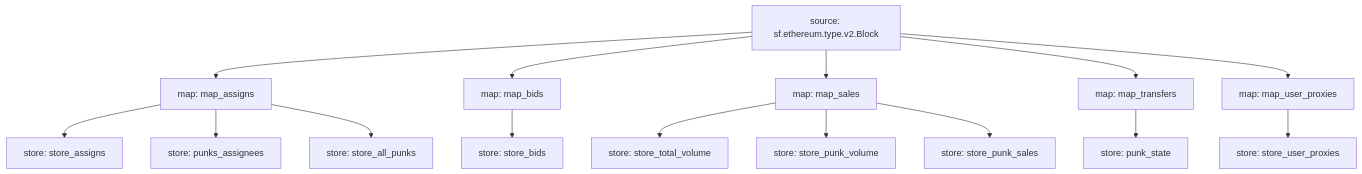
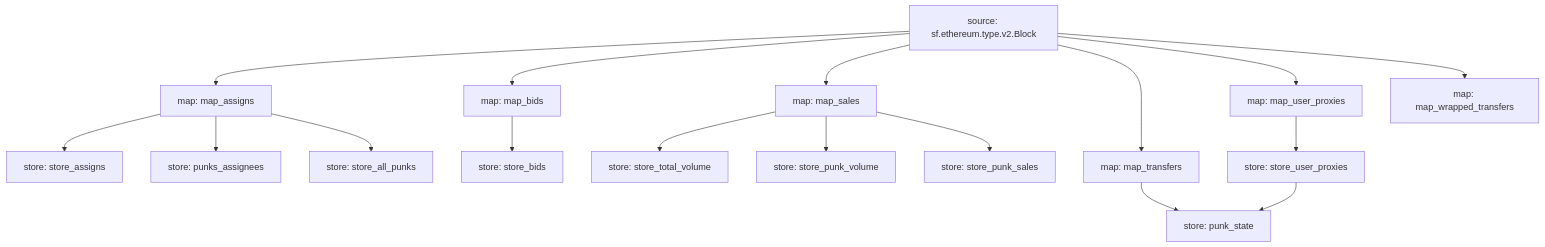
The diagram in README.md (itsjerryokolo/cryptopunks_substreams), drawn with Mermaid before and after one commit. The commit also changed 7 other files, not shown here.

````diff
--- a/README.md
+++ b/README.md
@@ -3,31 +3,34 @@
 ```mermaid
 graph TD;
   map_assigns[map: map_assigns]
   sf.ethereum.type.v2.Block[source: sf.ethereum.type.v2.Block] --> map_assigns
   store_assigns[store: store_assigns]
   map_assigns --> store_assigns
   punks_assignees[store: punks_assignees]
   map_assigns --> punks_assignees
   map_bids[map: map_bids]
   sf.ethereum.type.v2.Block[source: sf.ethereum.type.v2.Block] --> map_bids
   store_bids[store: store_bids]
   map_bids --> store_bids
   store_all_punks[store: store_all_punks]
   map_assigns --> store_all_punks
   store_total_volume[store: store_total_volume]
   map_sales --> store_total_volume
   store_punk_volume[store: store_punk_volume]
   map_sales --> store_punk_volume
   store_punk_sales[store: store_punk_sales]
   map_sales --> store_punk_sales
   map_sales[map: map_sales]
   sf.ethereum.type.v2.Block[source: sf.ethereum.type.v2.Block] --> map_sales
   map_transfers[map: map_transfers]
   sf.ethereum.type.v2.Block[source: sf.ethereum.type.v2.Block] --> map_transfers
   punk_state[store: punk_state]
   map_transfers --> punk_state
+  store_user_proxies --> punk_state
   map_user_proxies[map: map_user_proxies]
   sf.ethereum.type.v2.Block[source: sf.ethereum.type.v2.Block] --> map_user_proxies
+  map_wrapped_transfers[map: map_wrapped_transfers]
+  sf.ethereum.type.v2.Block[source: sf.ethereum.type.v2.Block] --> map_wrapped_transfers
   store_user_proxies[store: store_user_proxies]
   map_user_proxies --> store_user_proxies
 ```
````
